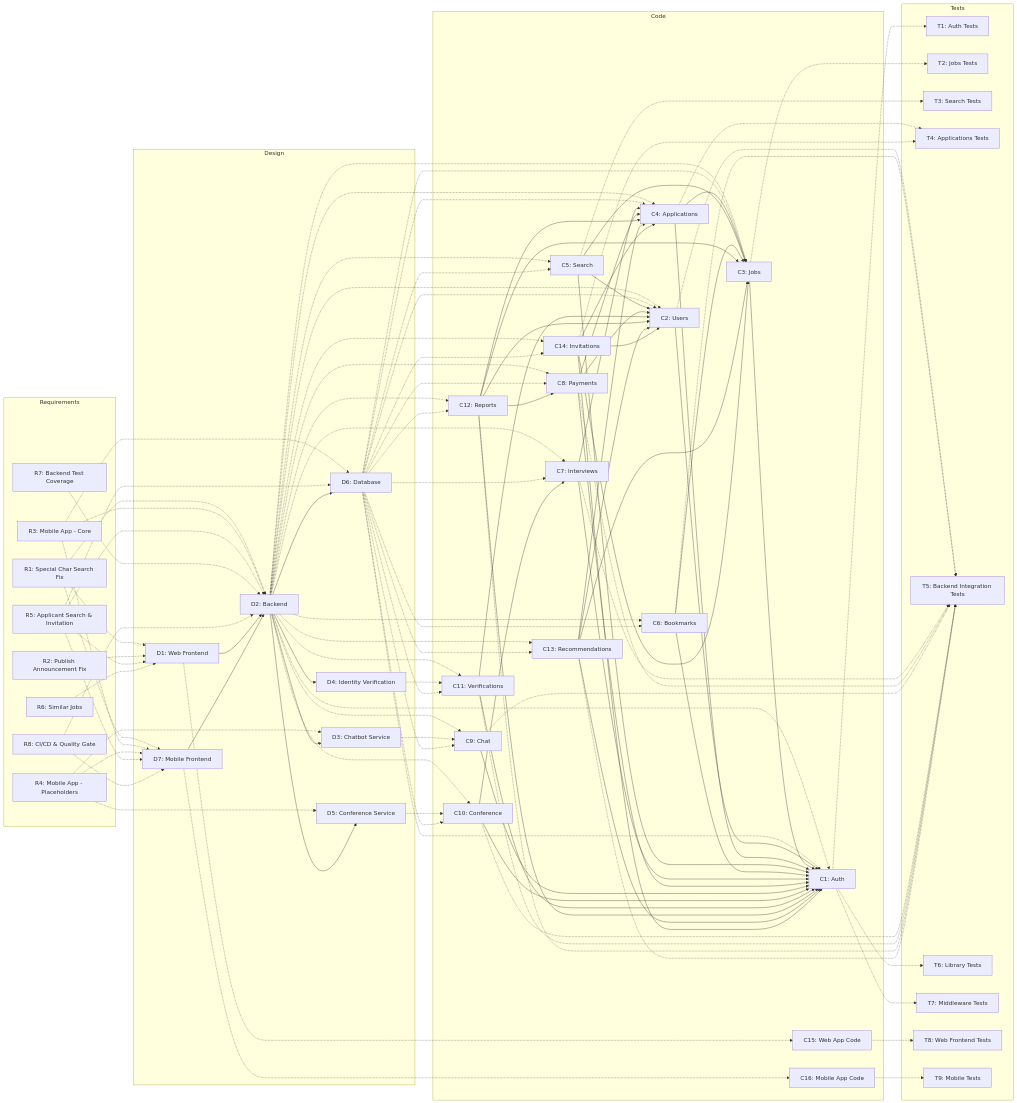
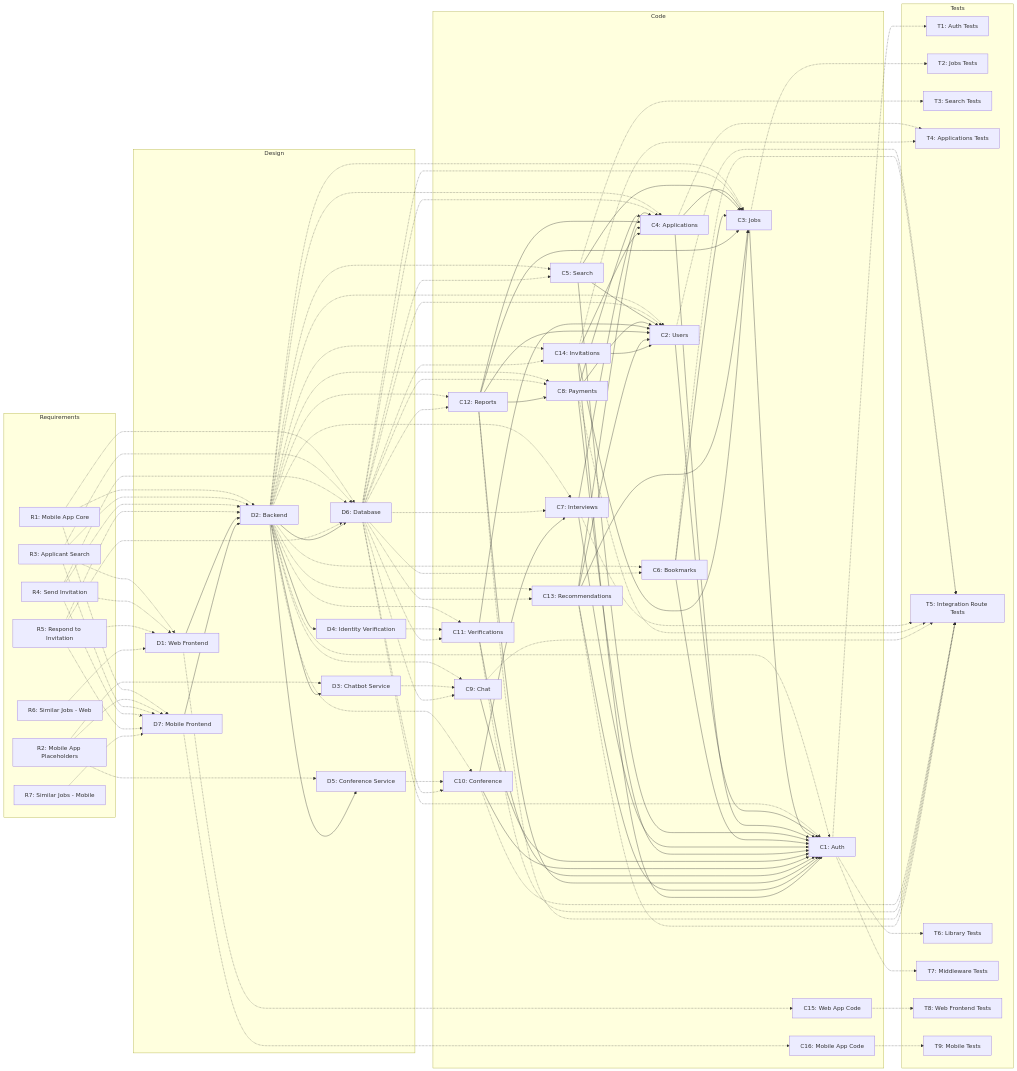
Before and after one commit to outoft3n/2025-ITCS383-Chongyai: the first of 8 diagrams in D4_IMPACT_ANALYSIS.MD, drawn with Mermaid. The commit also changed other lines of this file, not shown here.

```diff
--- a/D4_IMPACT_ANALYSIS.MD
+++ b/D4_IMPACT_ANALYSIS.MD
@@ -54,14 +63,13 @@
 graph LR
 
 subgraph Requirements
-R1[R1: Special Char Search Fix]
-R2[R2: Publish Announcement Fix]
-R3[R3: Mobile App - Core]
-R4[R4: Mobile App - Placeholders]
-R5[R5: Applicant Search & Invitation]
-R6[R6: Similar Jobs]
-R7[R7: Backend Test Coverage]
-R8[R8: CI/CD & Quality Gate]
+R1[R1: Mobile App Core]
+R2[R2: Mobile App Placeholders]
+R3[R3: Applicant Search]
+R4[R4: Send Invitation]
+R5[R5: Respond to Invitation]
+R6[R6: Similar Jobs - Web]
+R7[R7: Similar Jobs - Mobile]
 end
 
 subgraph Design
@@ -98,7 +106,7 @@
 T2[T2: Jobs Tests]
 T3[T3: Search Tests]
 T4[T4: Applications Tests]
-T5[T5: Backend Integration Tests]
+T5[T5: Integration Route Tests]
 T6[T6: Library Tests]
 T7[T7: Middleware Tests]
 T8[T8: Web Frontend Tests]
@@ -106,24 +114,26 @@
 end
 
 %% R → D
-R1 -.-> D1
 R1 -.-> D2
+R1 -.-> D6
 R1 -.-> D7
-R2 -.-> D1
+R2 -.-> D3
+R2 -.-> D5
+R2 -.-> D7
+R3 -.-> D1
 R3 -.-> D2
 R3 -.-> D6
 R3 -.-> D7
-R4 -.-> D3
-R4 -.-> D5
+R4 -.-> D1
+R4 -.-> D2
+R4 -.-> D6
 R4 -.-> D7
 R5 -.-> D1
 R5 -.-> D2
 R5 -.-> D6
 R5 -.-> D7
 R6 -.-> D1
-R7 -.-> D2
-R8 -.-> D2
-R8 -.-> D7
+R7 -.-> D7
 
 %% D → D
 D1 --> D2
@@ -168,9 +178,9 @@
 D6 -.-> C13
 D6 -.-> C14
 
-%% C → C (Auth module = auth.routes.ts + auth.middleware.ts)
-%% All modules depend on C1 via authenticateToken middleware
-%% Additional edges from Prisma model ownership
+%% C → C
+%% Middleware dependency: every module depends on C1
+%% Prisma model ownership: A queries model owned by B → A depends on B
 C2 --> C1
 C3 --> C1
 C4 --> C1
```
